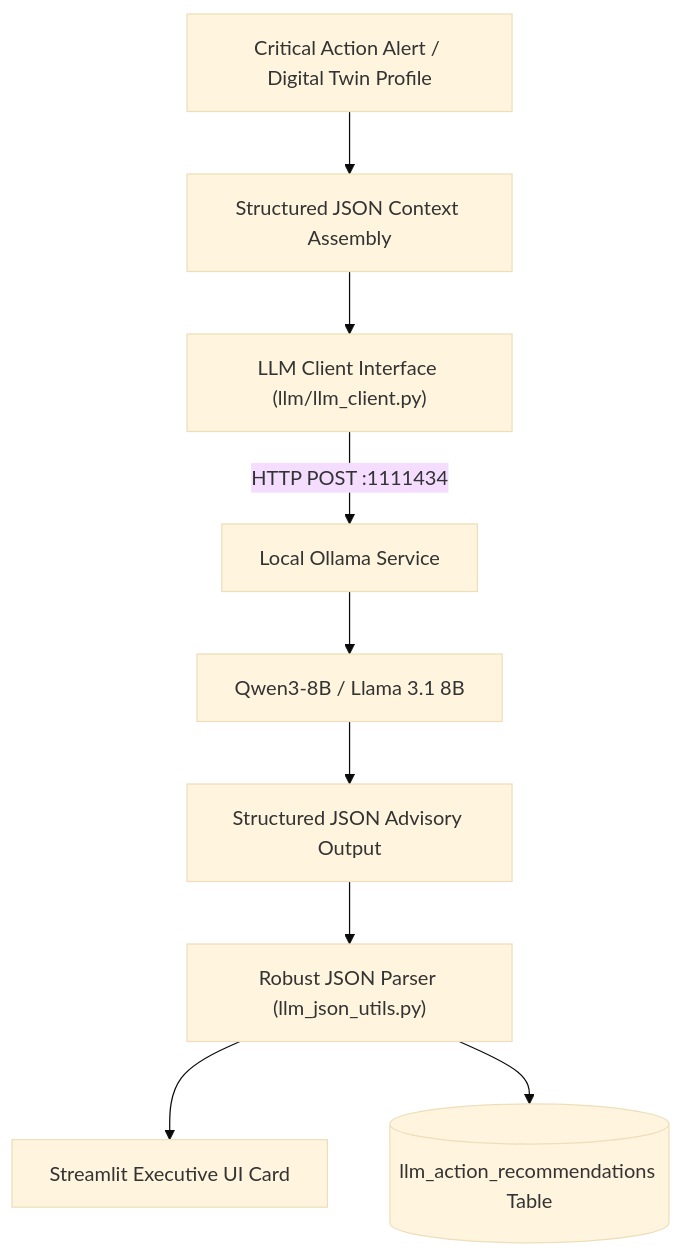
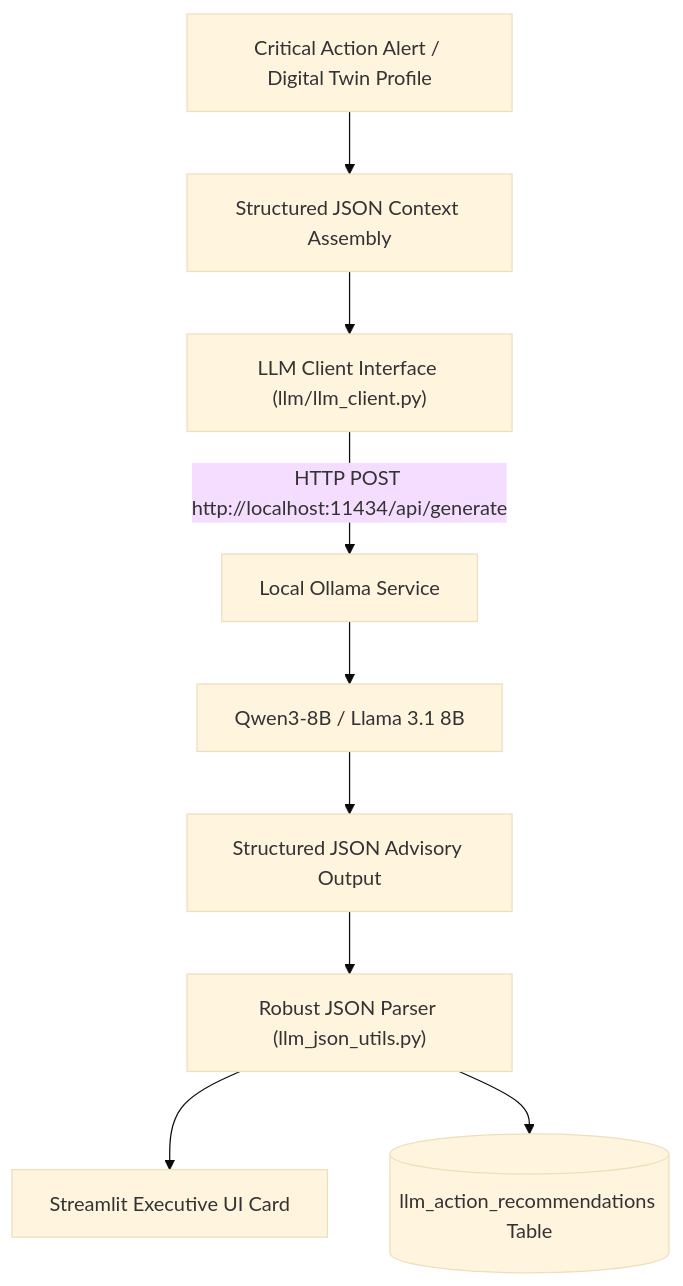
Before and after one commit to ZAKARIAE48CHELLE/Digital-Twin-Client-Classification: the diagram in docs/OSMOS_LLM_Assisted_Action_Intelligence.md, drawn with Mermaid (base theme). The commit also changed other lines of this file and 15 other files, not shown here.

````diff
--- a/docs/OSMOS_LLM_Assisted_Action_Intelligence.md
+++ b/docs/OSMOS_LLM_Assisted_Action_Intelligence.md
@@ -7,11 +7,12 @@
 ```mermaid
 flowchart TD
     Alert["Critical Action Alert / Digital Twin Profile"] --> Payload["Structured JSON Context Assembly"]
     Payload --> Client["LLM Client Interface (llm/llm_client.py)"]
-    Client -->|HTTP POST :1111434| Ollama["Local Ollama Service"]
+    Client -->|HTTP POST http://localhost:11434/api/generate| Ollama["Local Ollama Service"]
+
     Ollama --> Model["Qwen3-8B / Llama 3.1 8B"]
     Model --> JSON["Structured JSON Advisory Output"]
     JSON --> Parser["Robust JSON Parser (llm_json_utils.py)"]
     Parser --> UI["Streamlit Executive UI Card"]
     Parser --> DB[(llm_action_recommendations Table)]
 ```
````
